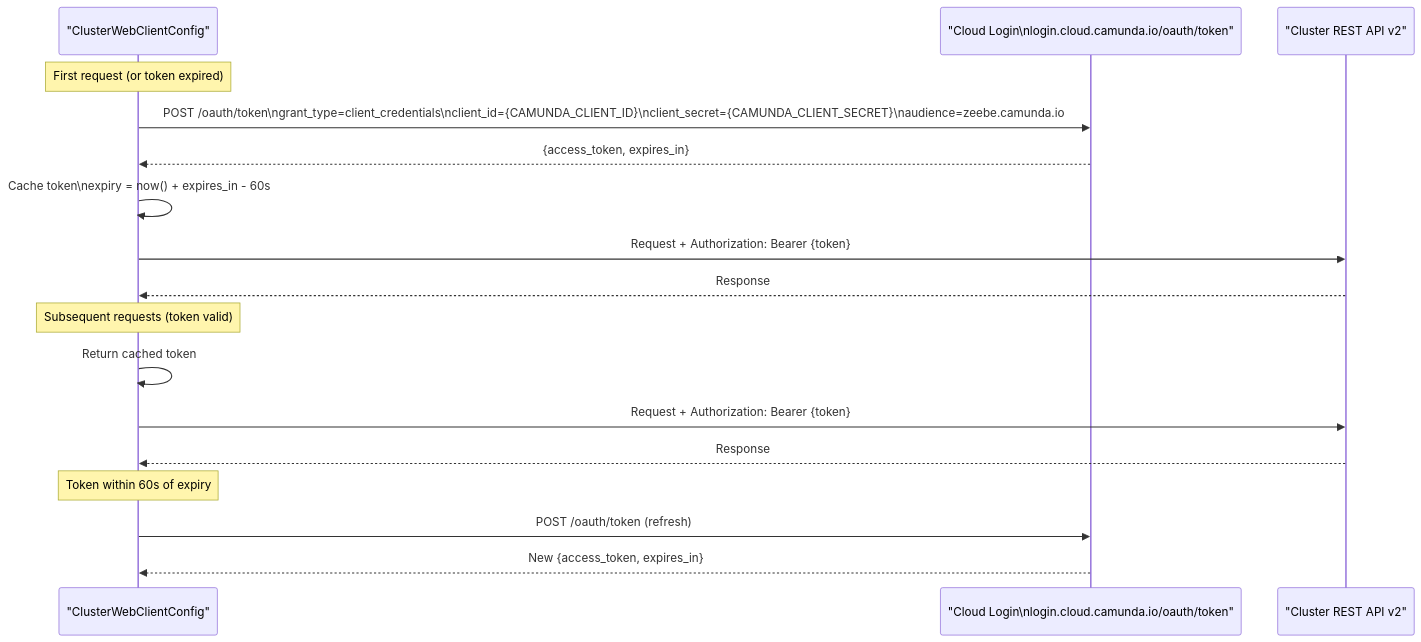
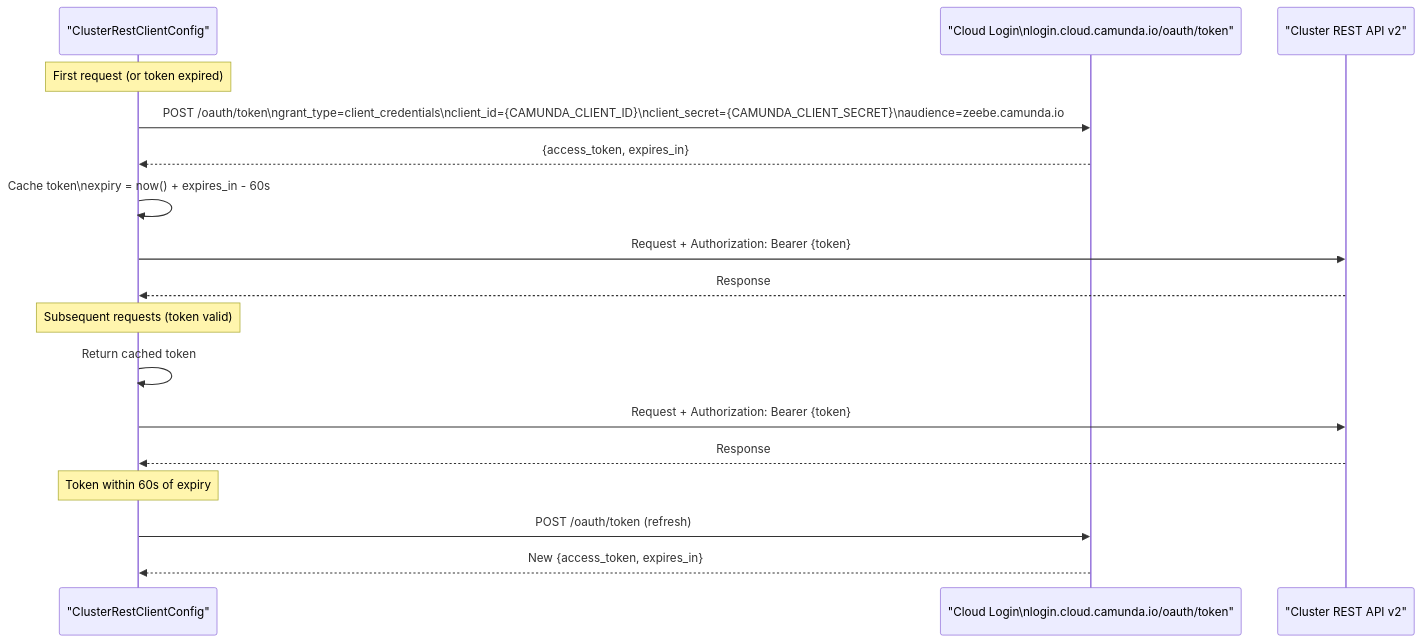
Before and after one commit to Mostafa-Mahmoud818/AI-Agent-Chat-With-Tools: the ninth of 11 diagrams in DOCUMENTATION.md, drawn with Mermaid. The commit also changed other lines of this file, not shown here.

First line of the commit message:
docs: Update documentation for WebFlux to RestClient migration

````diff
--- a/DOCUMENTATION.md
+++ b/DOCUMENTATION.md
@@ -839,23 +793,23 @@
 ```mermaid
 sequenceDiagram
-    participant WC as "ClusterWebClientConfig"
+    participant WC as "ClusterRestClientConfig"
     participant AUTH as "Cloud Login\nlogin.cloud.camunda.io/oauth/token"
     participant API as "Cluster REST API v2"
 
     Note over WC: First request (or token expired)
     WC->>AUTH: POST /oauth/token\ngrant_type=client_credentials\nclient_id={CAMUNDA_CLIENT_ID}\nclient_secret={CAMUNDA_CLIENT_SECRET}\naudience=zeebe.camunda.io
     AUTH-->>WC: {access_token, expires_in}
     WC->>WC: Cache token\nexpiry = now() + expires_in - 60s
 
     WC->>API: Request + Authorization: Bearer {token}
     API-->>WC: Response
 
     Note over WC: Subsequent requests (token valid)
     WC->>WC: Return cached token
     WC->>API: Request + Authorization: Bearer {token}
     API-->>WC: Response
 
     Note over WC: Token within 60s of expiry
     WC->>AUTH: POST /oauth/token (refresh)
     AUTH-->>WC: New {access_token, expires_in}
 ```
````
